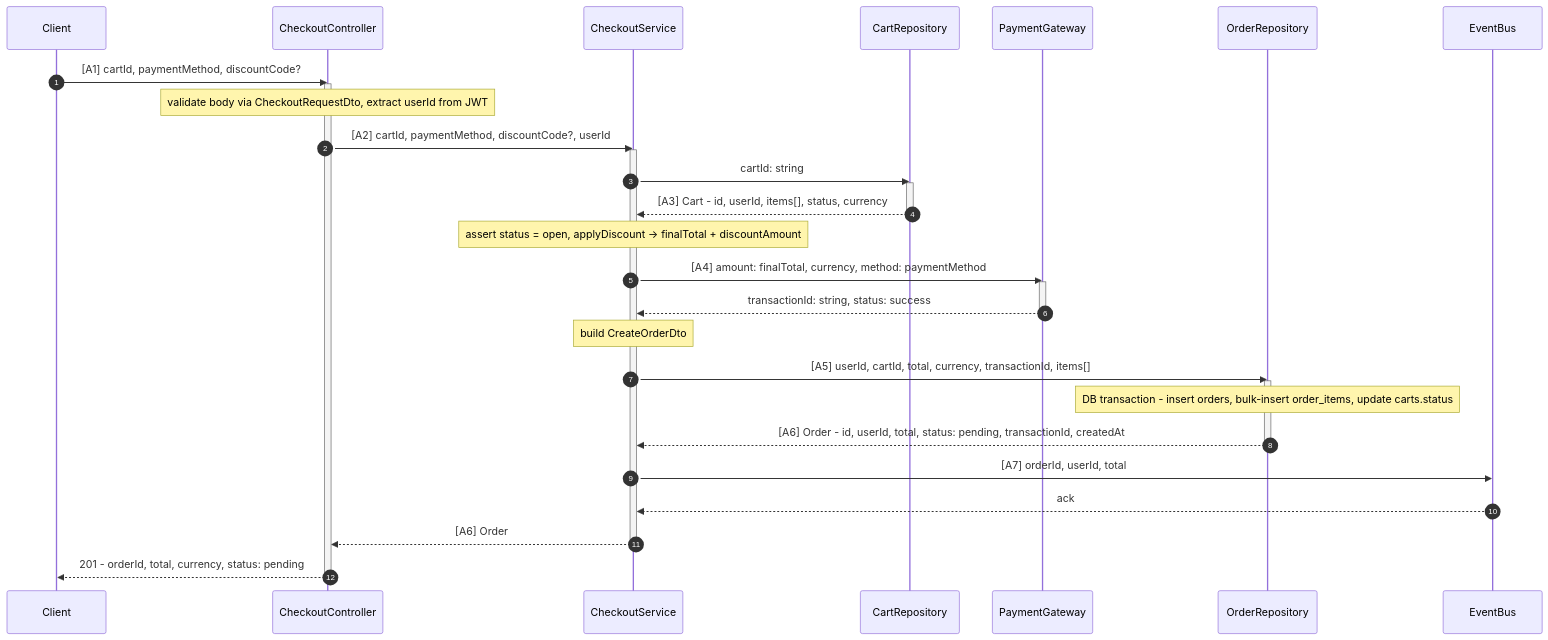
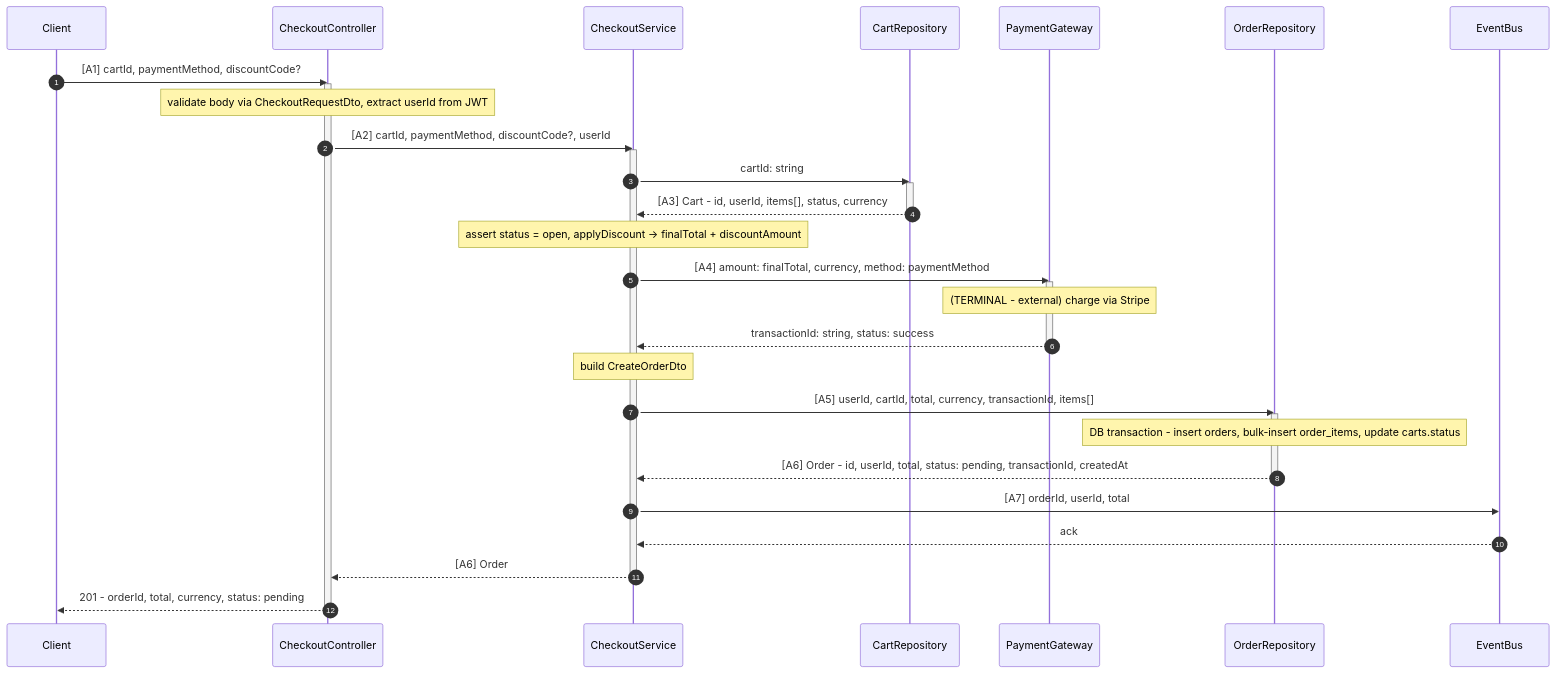
The second of 3 diagrams in generate-flow/references/example-checkout-flow.md (minh-lb/ai-tools), drawn with Mermaid before and after one commit. The commit also changed 3 other files, not shown here.

First line of the commit message:
fix(skills): final consistency pass on generate-flow

````diff
--- a/generate-flow/references/example-checkout-flow.md
+++ b/generate-flow/references/example-checkout-flow.md
@@ -46,43 +46,44 @@
 ```mermaid
 sequenceDiagram
     autonumber
     participant Client
     participant Controller as CheckoutController
     participant Service as CheckoutService
     participant CartRepo as CartRepository
     participant Payment as PaymentGateway
     participant OrderRepo as OrderRepository
     participant Events as EventBus
 
     Client->>Controller: [A1] cartId, paymentMethod, discountCode?
     activate Controller
     Note over Controller: validate body via CheckoutRequestDto, extract userId from JWT
     Controller->>Service: [A2] cartId, paymentMethod, discountCode?, userId
     activate Service
 
     Service->>CartRepo: cartId: string
     activate CartRepo
     CartRepo-->>Service: [A3] Cart - id, userId, items[], status, currency
     deactivate CartRepo
 
     Note over Service: assert status = open, applyDiscount → finalTotal + discountAmount
     Service->>Payment: [A4] amount: finalTotal, currency, method: paymentMethod
     activate Payment
+    Note over Payment: (TERMINAL - external) charge via Stripe
     Payment-->>Service: transactionId: string, status: success
     deactivate Payment
 
     Note over Service: build CreateOrderDto
     Service->>OrderRepo: [A5] userId, cartId, total, currency, transactionId, items[]
     activate OrderRepo
     Note over OrderRepo: DB transaction - insert orders, bulk-insert order_items, update carts.status
     OrderRepo-->>Service: [A6] Order - id, userId, total, status: pending, transactionId, createdAt
     deactivate OrderRepo
 
     Service->>Events: [A7] orderId, userId, total
     Events-->>Service: ack
 
     Service-->>Controller: [A6] Order
     deactivate Service
     Controller-->>Client: 201 - orderId, total, currency, status: pending
     deactivate Controller
 ```
````
